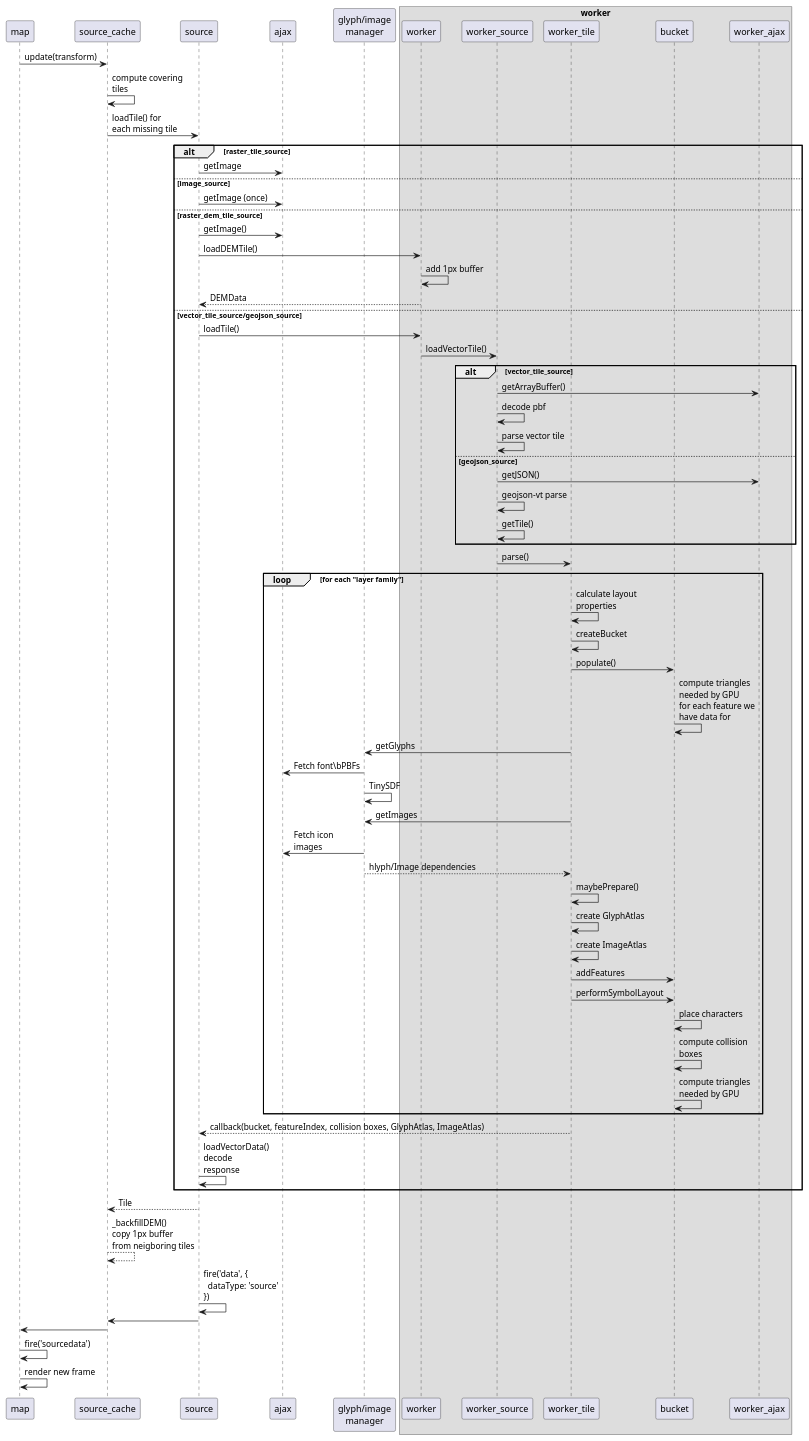
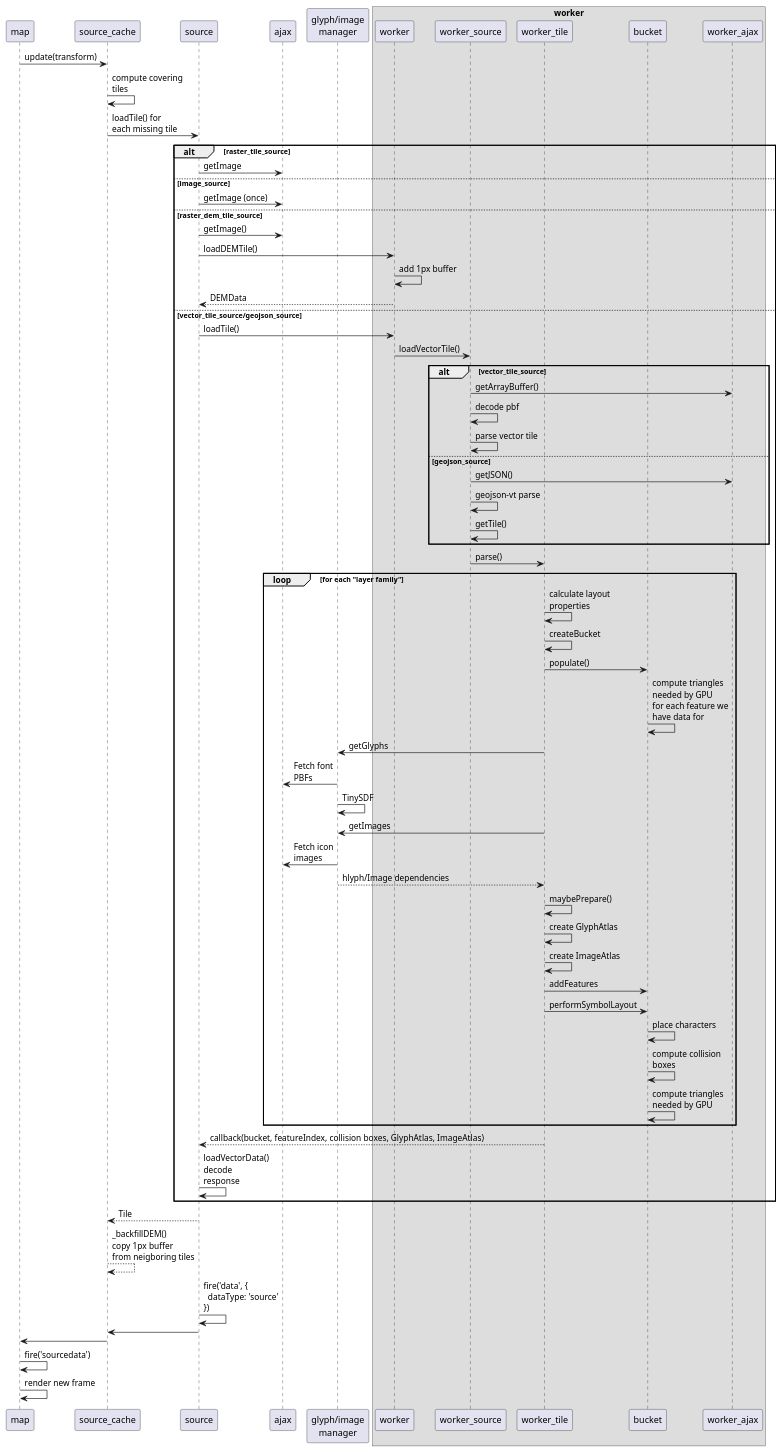
One commit to maplibre/maplibre-gl-js changed the diagram in docs/diagrams/fetch-tile.plantuml. Above: the diagram before and after it, drawn with PlantUML. The commit also changed 1 other file, not shown here.

```diff
--- a/docs/diagrams/fetch-tile.plantuml
+++ b/docs/diagrams/fetch-tile.plantuml
@@ -1,70 +1,70 @@
 @startuml
 participant map
 participant source_cache
 participant source
 participant ajax
 participant "glyph/image\nmanager"
 box worker
 participant worker
 participant worker_source
 participant worker_tile
 participant bucket
 participant worker_ajax
 end box
 
 map->source_cache: update(transform)
 source_cache->source_cache: compute covering\ntiles
 source_cache->source: loadTile() for\neach missing tile
 alt raster_tile_source
 source->ajax: getImage
 else image_source
 source->ajax: getImage (once)
 else raster_dem_tile_source
 source->ajax: getImage()
 source->worker: loadDEMTile()
 worker->worker: add 1px buffer
 worker-->source: DEMData
 else vector_tile_source/geojson_source
 source->worker: loadTile()
 worker->worker_source: loadVectorTile()
 alt vector_tile_source
 worker_source->worker_ajax: getArrayBuffer()
 worker_source->worker_source: decode pbf
 worker_source->worker_source: parse vector tile
 else geojson_source
 worker_source->worker_ajax: getJSON()
 worker_source->worker_source: geojson-vt parse
 worker_source->worker_source: getTile()
 end
 worker_source->worker_tile: parse()
 loop for each "layer family"
 worker_tile->worker_tile: calculate layout\nproperties
 worker_tile->worker_tile: createBucket
 worker_tile->bucket: populate()
 bucket->bucket: compute triangles\nneeded by GPU\nfor each feature we\nhave data for
 worker_tile->"glyph/image\nmanager": getGlyphs
-"glyph/image\nmanager"->ajax: Fetch font\bPBFs
+"glyph/image\nmanager"->ajax: Fetch font\nPBFs
 "glyph/image\nmanager"->"glyph/image\nmanager": TinySDF
 worker_tile->"glyph/image\nmanager": getImages
 "glyph/image\nmanager"->ajax: Fetch icon\nimages
 "glyph/image\nmanager"-->worker_tile: hlyph/Image dependencies
 worker_tile->worker_tile: maybePrepare()
 worker_tile->worker_tile: create GlyphAtlas
 worker_tile->worker_tile: create ImageAtlas
 worker_tile->bucket: addFeatures
 worker_tile->bucket: performSymbolLayout
 bucket->bucket: place characters
 bucket->bucket: compute collision\nboxes
 bucket->bucket: compute triangles\nneeded by GPU
 end
 worker_tile-->source: callback(bucket, featureIndex, collision boxes, GlyphAtlas, ImageAtlas)
 source->source: loadVectorData()\ndecode\nresponse
 end
 source-->source_cache: Tile
 source_cache-->source_cache: _backfillDEM()\ncopy 1px buffer\nfrom neigboring tiles
 source->source: fire('data', {\n  dataType: 'source'\n})
 source->source_cache:
 source_cache->map:
 map->map: fire('sourcedata')
 map->map: render new frame
 @enduml
```
